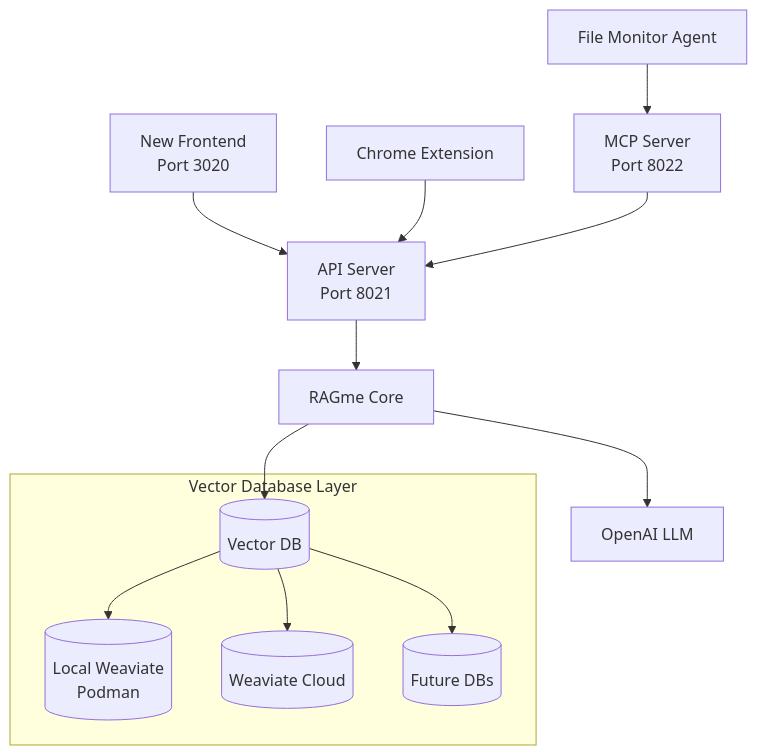
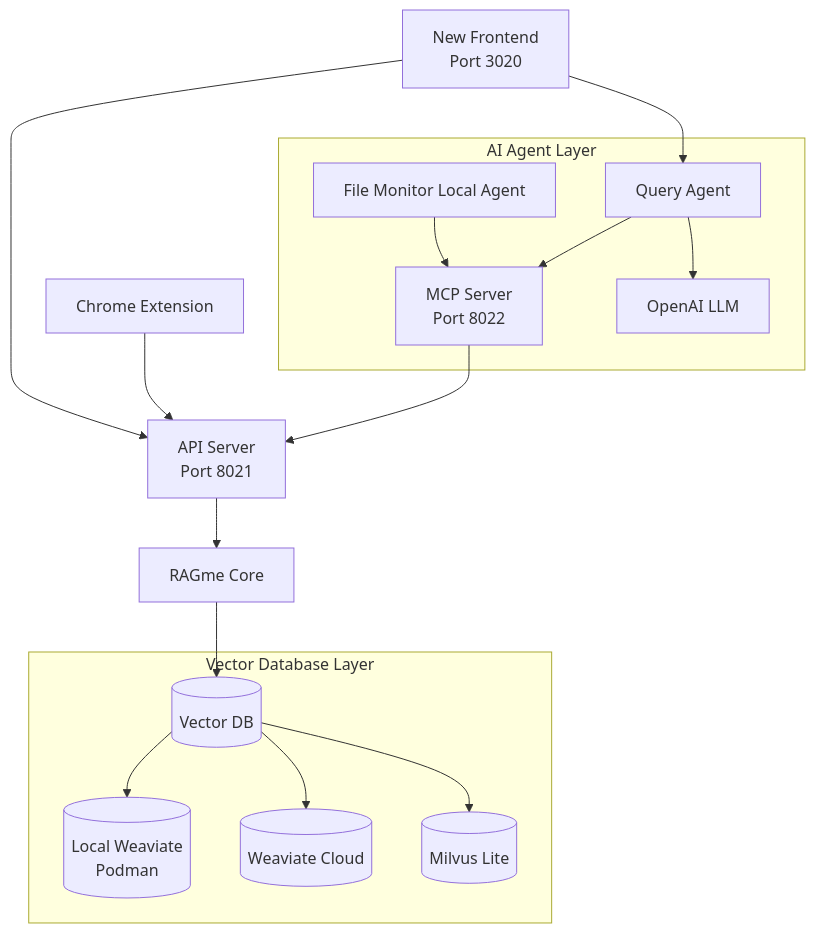
The diagram in README.md (maximilien/ragme-io), drawn with Mermaid before and after one commit. The commit also changed other lines of this file and 9 other files, not shown here.

````diff
--- a/README.md
+++ b/README.md
@@ -433,16 +245,19 @@
 ```mermaid
 flowchart TB
     new-ui[New Frontend<br/>Port 3020] --> api[API Server<br/>Port 8021]
+    new-ui[New Frontend<br/>Port 3020] --> agent-query[Query Agent]
     chrome[Chrome Extension] --> api
-    agent[File Monitor Agent] --> mcp[MCP Server<br/>Port 8022]
+    subgraph "AI Agent Layer"
+      agent-local[File Monitor Local Agent] --> mcp[MCP Server<br/>Port 8022]
+      agent-query[Query Agent] --> mcp[MCP Server<br/>Port 8022]
+      agent-query[Query Agent] --> openai[OpenAI LLM]
+    end
     mcp --> api
     api --> ragme[RAGme Core]
-    ragme --> vector-db[(Vector DB)]
-    ragme --> openai[OpenAI LLM]
-    
+    ragme --> vector-db[(Vector DB)]    
     subgraph "Vector Database Layer"
         vector-db --> weaviate-local[(Local Weaviate<br/>Podman)]
         vector-db --> weaviate-cloud[(Weaviate Cloud)]
-        vector-db --> future[(Future DBs)]
+        vector-db --> milvus[(Milvus Lite)]
     end
 ```
````
